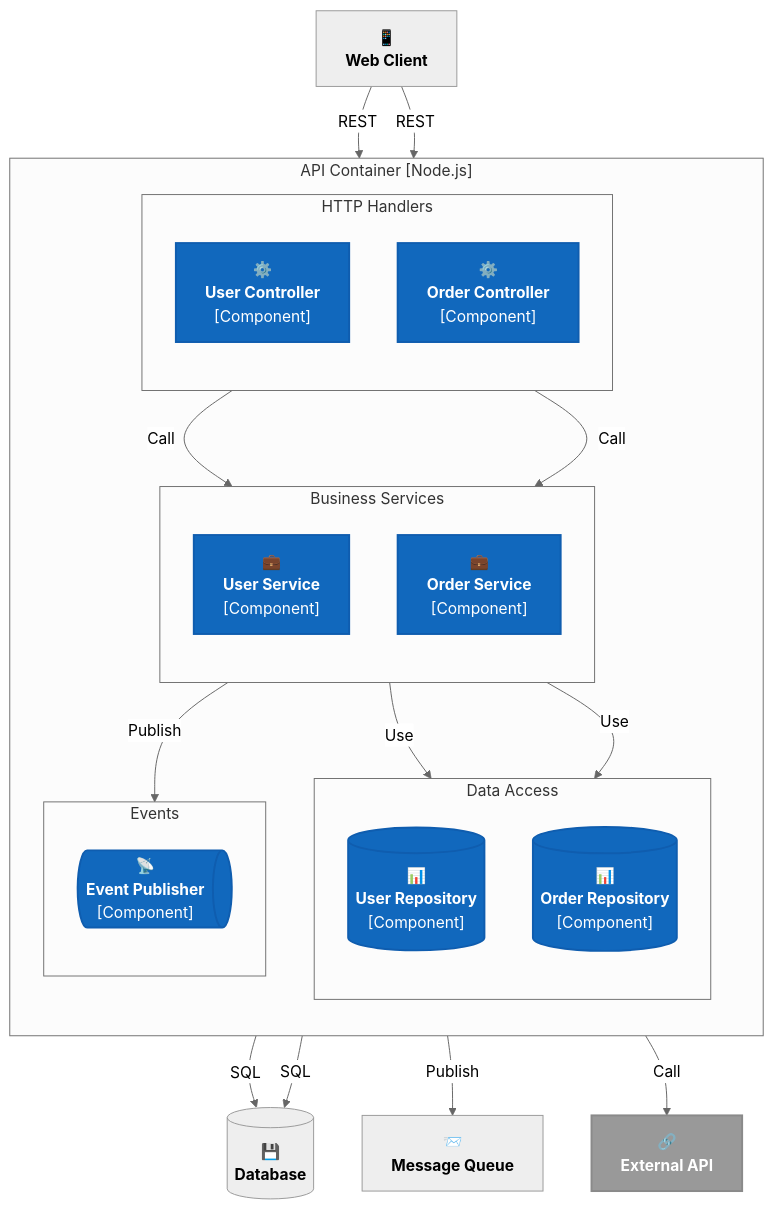
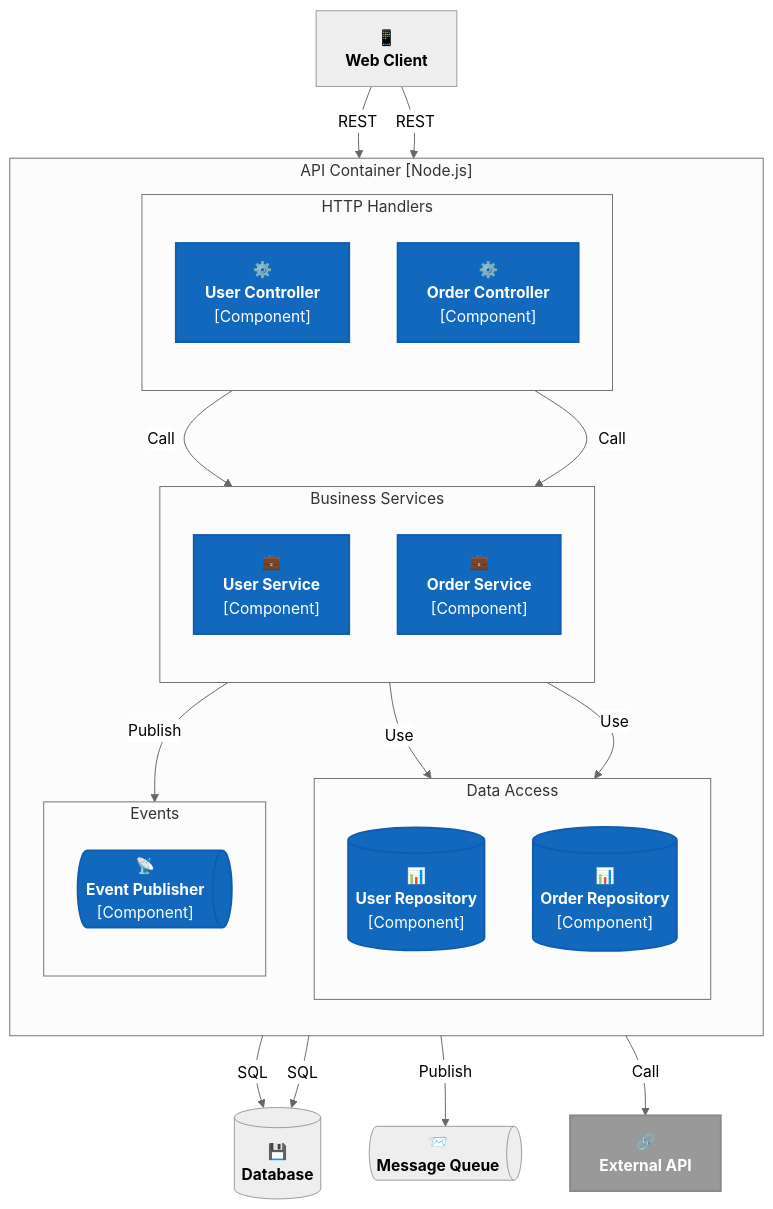
The second of 5 diagrams in C4-cheatsheets/C4-Component-Diagram-Mermaid-Flowchart-Cheatsheet.md (LockTar/C4-Modeling-in-Mermaid), drawn with Mermaid (neutral theme) before and after one commit. The commit also changed 2 other files, not shown here.

Commit message:
Update queue shapes and labels in C4 cheatsheets for consistency

````diff
--- a/C4-cheatsheets/C4-Component-Diagram-Mermaid-Flowchart-Cheatsheet.md
+++ b/C4-cheatsheets/C4-Component-Diagram-Mermaid-Flowchart-Cheatsheet.md
@@ -81,63 +81,63 @@
 ```mermaid
 flowchart TB
     classDef Component fill:#1168bd,stroke:#0f5daf,color:#fff,stroke-width:2px;
     classDef ComponentDb fill:#1168bd,stroke:#0f5daf,color:#fff,stroke-width:2px;
     classDef ComponentQueue fill:#1168bd,stroke:#0f5daf,color:#fff,stroke-width:2px;
     classDef ComponentExt fill:#999999,stroke:#8a8a8a,color:#fff,stroke-width:2px;
 
     client["📱<br/><b>Web Client</b>"]
 
     subgraph container["API Container [Node.js]"]
         direction TB
 
         subgraph handlers["HTTP Handlers"]
             direction TB
             userctrl["⚙️<br/><b>User Controller</b><br/>[Component]"]
             orderctrl["⚙️<br/><b>Order Controller</b><br/>[Component]"]
         end
 
         subgraph services["Business Services"]
             direction TB
             usersvc["💼<br/><b>User Service</b><br/>[Component]"]
             ordersvc["💼<br/><b>Order Service</b><br/>[Component]"]
         end
 
         subgraph dataaccess["Data Access"]
             direction TB
             userrepo[("📊<br/><b>User Repository</b><br/>[Component]")]
             orderrepo[("📊<br/><b>Order Repository</b><br/>[Component]")]
         end
 
         subgraph events["Events"]
             direction TB
             eventpub@{ shape: das, label: "📡<br/><b>Event Publisher</b><br/>[Component]" }
         end
 
         class userctrl,orderctrl,usersvc,ordersvc Component
         class userrepo,orderrepo ComponentDb
         class eventpub ComponentQueue
 
         userctrl -->|"Call"| usersvc
         orderctrl -->|"Call"| ordersvc
 
         usersvc -->|"Use"| userrepo
         ordersvc -->|"Use"| orderrepo
 
         ordersvc -->|"Publish"| eventpub
     end
 
     db[("💾<br/><b>Database</b>")]
-    queue["📨<br/><b>Message Queue</b>"]
+    queue@{ shape: das, label: "📨<br/><b>Message Queue</b>" }
     extapi["🔗<br/><b>External API</b>"]
 
     class extapi ComponentExt
 
     client -->|"REST"| userctrl
     client -->|"REST"| orderctrl
 
     userrepo -->|"SQL"| db
     orderrepo -->|"SQL"| db
 
     eventpub -->|"Publish"| queue
     usersvc -->|"Call"| extapi
 ```
````
